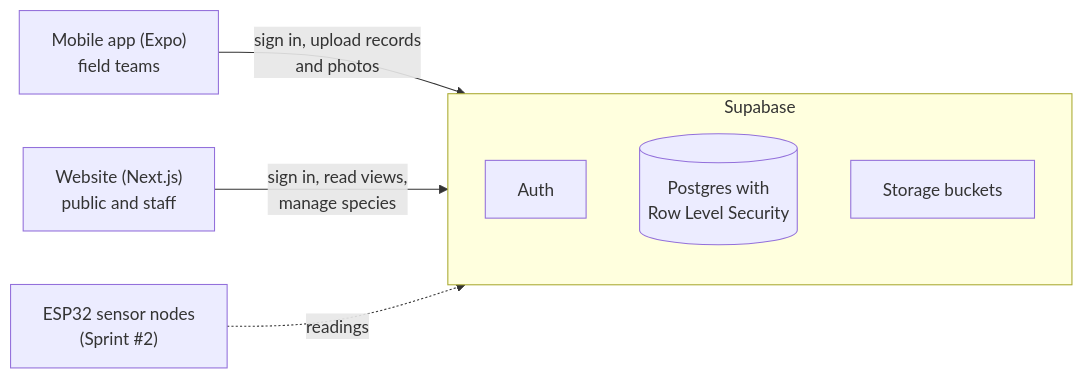
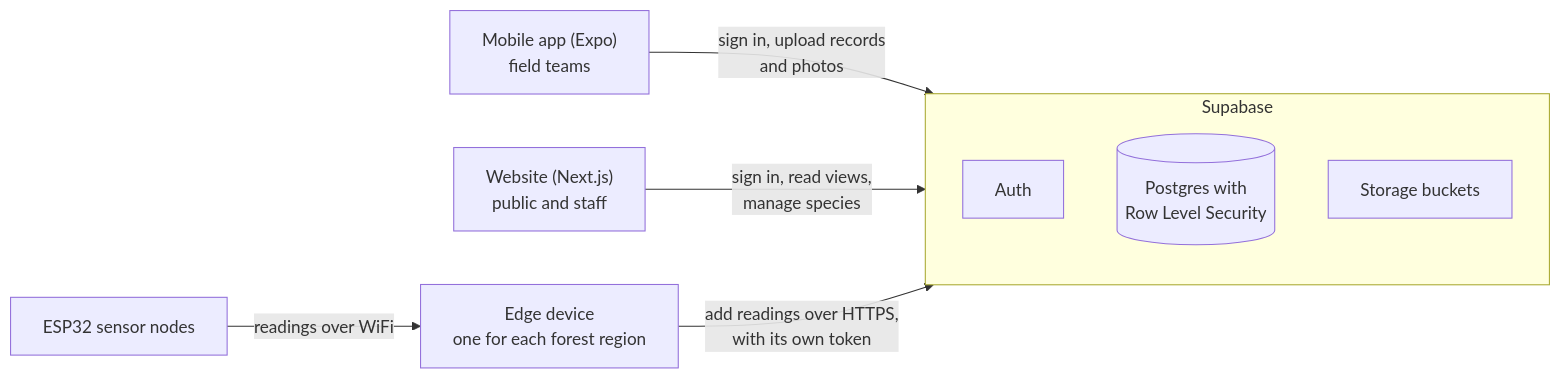
One commit to UmerNaseer2/niah-biodiversity-system changed the first of 2 diagrams in docs/architecture/database-design.md. Above: the diagram before and after it, drawn with Mermaid. The commit also changed other lines of this file and 1 other file, not shown here.

Commit message:
Add the sensor SQL and tables to the database docs (items 28, 29, 31)

````diff
--- a/docs/architecture/database-design.md
+++ b/docs/architecture/database-design.md
@@ -19,11 +19,12 @@
 ```mermaid
 flowchart LR
   subgraph sb["Supabase"]
     auth["Auth"]
     db[("Postgres with<br/>Row Level Security")]
     files["Storage buckets"]
   end
   phone["Mobile app (Expo)<br/>field teams"] -- "sign in, upload records<br/>and photos" --> sb
   web["Website (Next.js)<br/>public and staff"] -- "sign in, read views,<br/>manage species" --> sb
-  esp["ESP32 sensor nodes<br/>(Sprint #2)"] -. readings .-> sb
+  esp["ESP32 sensor nodes"] -- "readings over WiFi" --> edge["Edge device<br/>one for each forest region"]
+  edge -- "add readings over HTTPS,<br/>with its own token" --> sb
 ```
````
